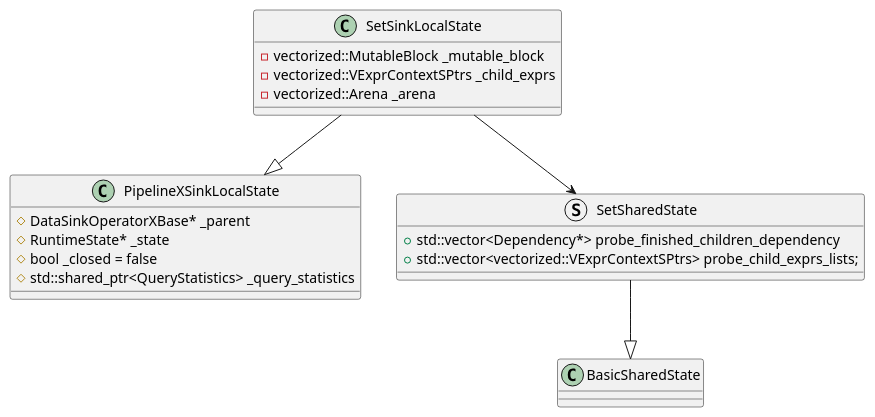
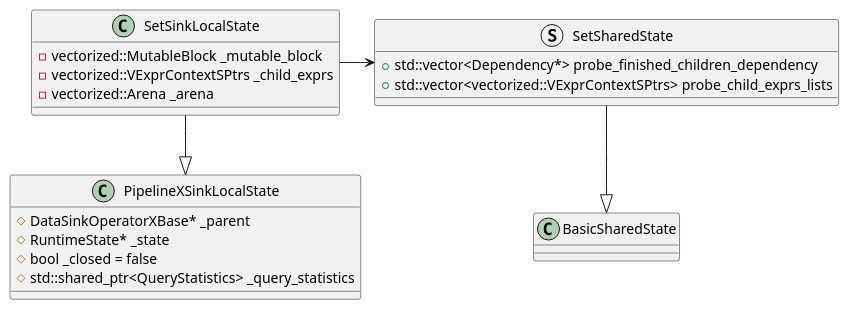
One commit to DepInjoy/geektime changed the sixth of 8 diagrams in doc/DB/Doris/SourceRead/13_04_Exec_OperatorX.md. Above: the diagram before and after it, drawn with PlantUML. The commit also changed other lines of this file and 1 other file, not shown here.

````diff
--- a/doc/DB/Doris/SourceRead/13_04_Exec_OperatorX.md
+++ b/doc/DB/Doris/SourceRead/13_04_Exec_OperatorX.md
@@ -184,26 +199,26 @@
 ```plantuml
 @startuml
 class SetSinkLocalState {
     - vectorized::MutableBlock _mutable_block
     - vectorized::VExprContextSPtrs _child_exprs
     - vectorized::Arena _arena
 }
 
 class PipelineXSinkLocalState {
     # DataSinkOperatorXBase* _parent
     # RuntimeState* _state
     # bool _closed = false
     # std::shared_ptr<QueryStatistics> _query_statistics
 }
 
 struct SetSharedState {
     + std::vector<Dependency*> probe_finished_children_dependency
-    + std::vector<vectorized::VExprContextSPtrs> probe_child_exprs_lists;
+    + std::vector<vectorized::VExprContextSPtrs> probe_child_exprs_lists
 }
 
 SetSinkLocalState -down-|> PipelineXSinkLocalState
-SetSinkLocalState --> SetSharedState
+SetSinkLocalState -right--> SetSharedState
 
 SetSharedState -down-|> BasicSharedState
 @enduml
 ```
````
